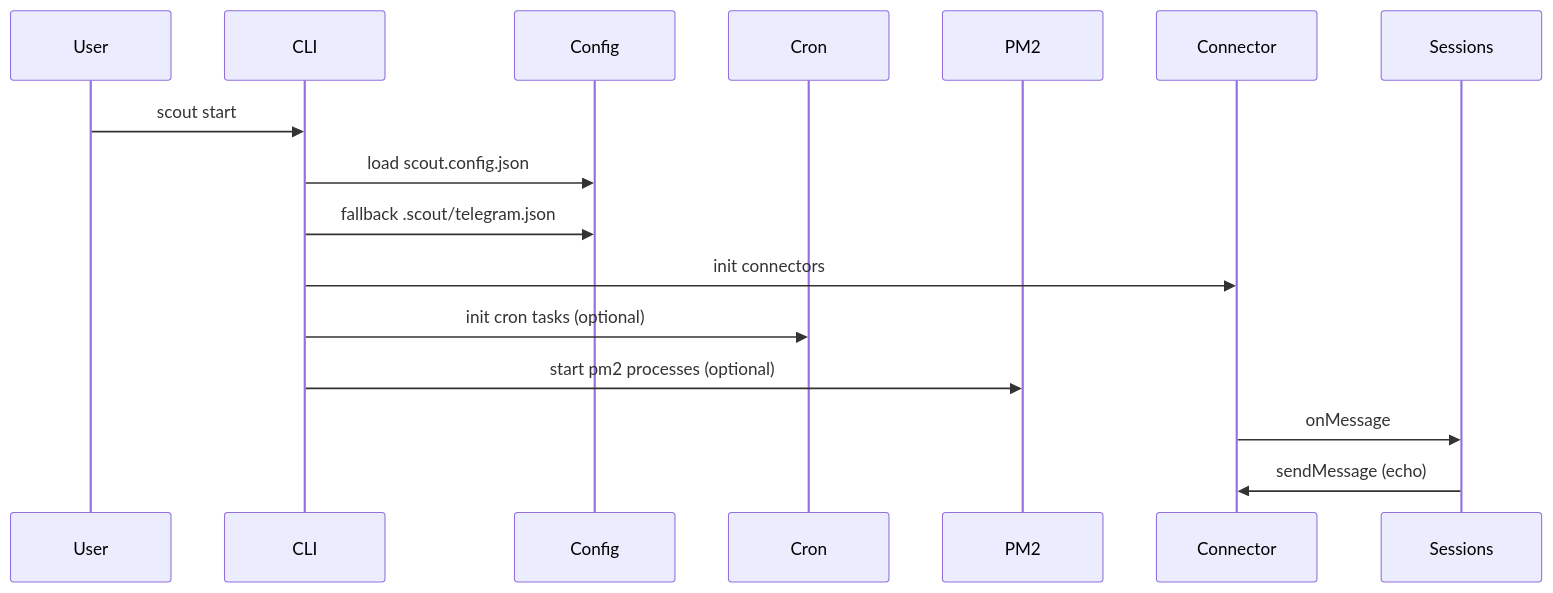
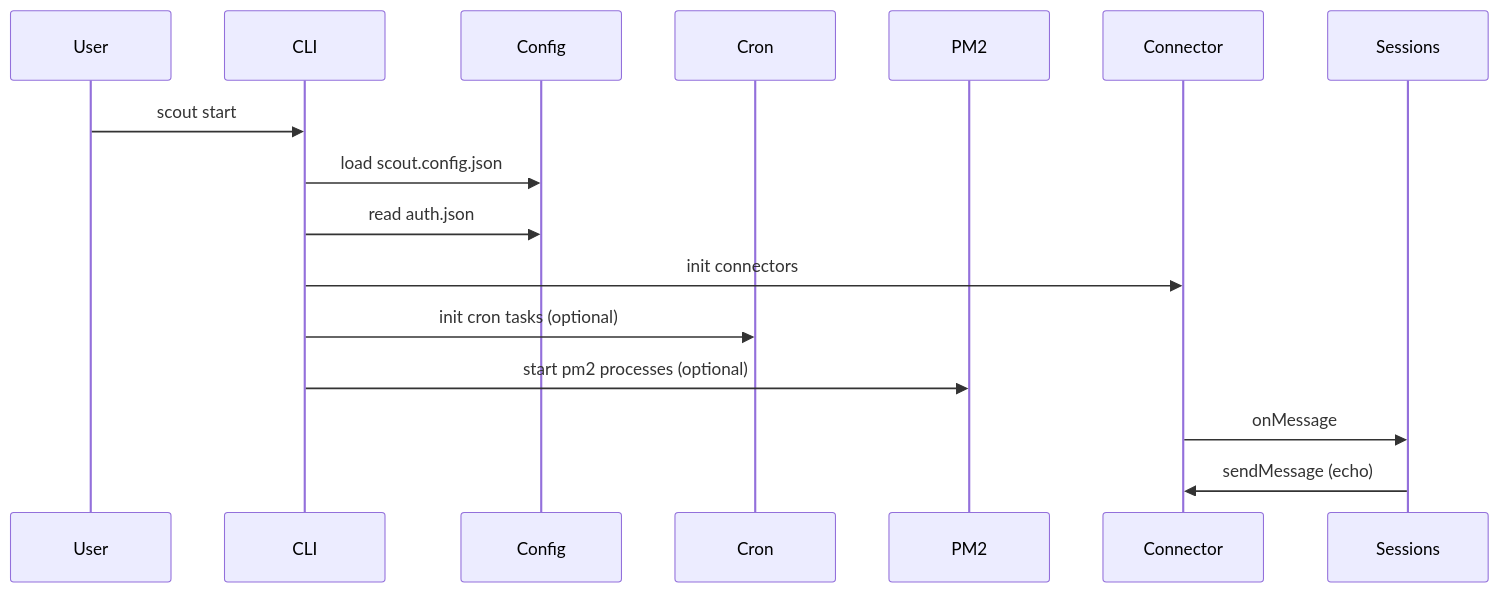
Before and after one commit to ex3ndr/daycare: the second of 2 diagrams in docs/cli.md, drawn with Mermaid. The commit also changed other lines of this file and 20 other files, not shown here.

````diff
--- a/docs/cli.md
+++ b/docs/cli.md
@@ -22,18 +24,18 @@
 ```mermaid
 sequenceDiagram
   participant User
   participant CLI
   participant Config
   participant Cron
   participant PM2
   participant Connector
   participant Sessions
   User->>CLI: scout start
   CLI->>Config: load scout.config.json
-  CLI->>Config: fallback .scout/telegram.json
+  CLI->>Config: read auth.json
   CLI->>Connector: init connectors
   CLI->>Cron: init cron tasks (optional)
   CLI->>PM2: start pm2 processes (optional)
   Connector->>Sessions: onMessage
   Sessions->>Connector: sendMessage (echo)
 ```
````
